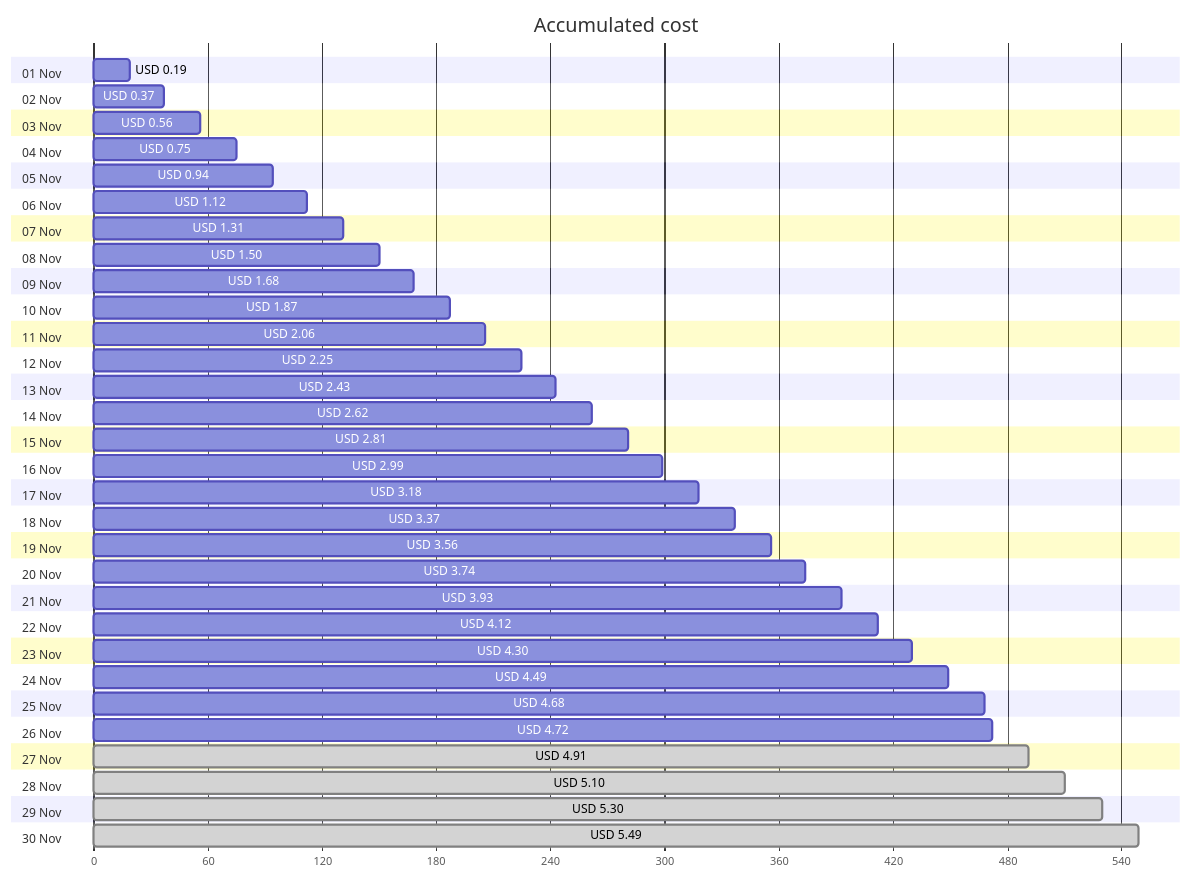
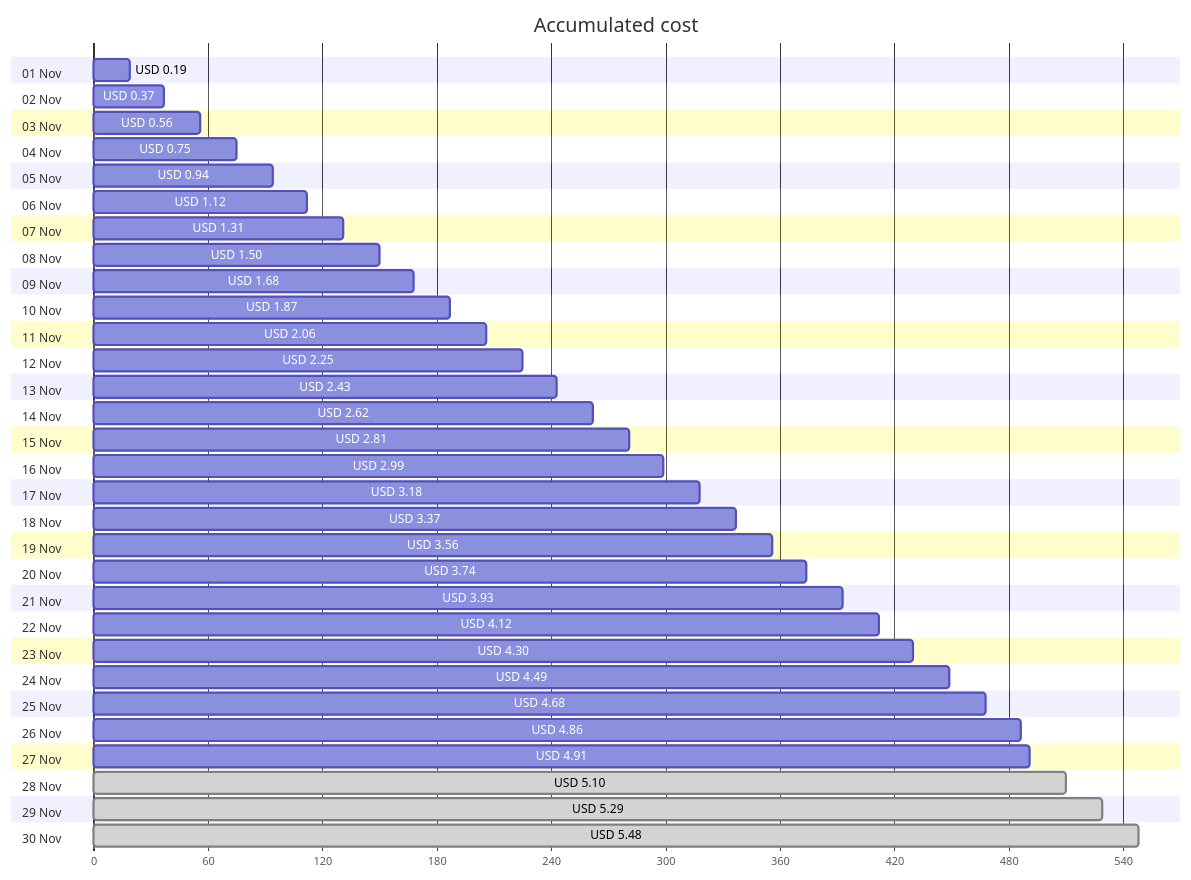
Before and after one commit to jpfulton/azure-personal-reports: the first of 4 diagrams in cost-reports/personal-network/backup-server.md, drawn with Mermaid. The commit also changed other lines of this file and 8 other files, not shown here.

````diff
--- a/cost-reports/personal-network/backup-server.md
+++ b/cost-reports/personal-network/backup-server.md
@@ -20,66 +20,66 @@
 ```mermaid
 gantt
    title Accumulated cost
    dateFormat  X
    axisFormat %s
    section 01 Nov
    USD 0.19 :0, 19
    section 02 Nov
    USD 0.37 :0, 37
    section 03 Nov
    USD 0.56 :0, 56
    section 04 Nov
    USD 0.75 :0, 75
    section 05 Nov
    USD 0.94 :0, 94
    section 06 Nov
    USD 1.12 :0, 112
    section 07 Nov
    USD 1.31 :0, 131
    section 08 Nov
    USD 1.50 :0, 150
    section 09 Nov
    USD 1.68 :0, 168
    section 10 Nov
    USD 1.87 :0, 187
    section 11 Nov
    USD 2.06 :0, 206
    section 12 Nov
    USD 2.25 :0, 225
    section 13 Nov
    USD 2.43 :0, 243
    section 14 Nov
    USD 2.62 :0, 262
    section 15 Nov
    USD 2.81 :0, 281
    section 16 Nov
    USD 2.99 :0, 299
    section 17 Nov
    USD 3.18 :0, 318
    section 18 Nov
    USD 3.37 :0, 337
    section 19 Nov
    USD 3.56 :0, 356
    section 20 Nov
    USD 3.74 :0, 374
    section 21 Nov
    USD 3.93 :0, 393
    section 22 Nov
    USD 4.12 :0, 412
    section 23 Nov
    USD 4.30 :0, 430
    section 24 Nov
    USD 4.49 :0, 449
    section 25 Nov
    USD 4.68 :0, 468
    section 26 Nov
-   USD 4.72 :0, 472
+   USD 4.86 :0, 486
    section 27 Nov
-   USD 4.91 : done, 0, 491
+   USD 4.91 :0, 491
    section 28 Nov
    USD 5.10 : done, 0, 510
    section 29 Nov
-   USD 5.30 : done, 0, 530
+   USD 5.29 : done, 0, 529
    section 30 Nov
-   USD 5.49 : done, 0, 549
+   USD 5.48 : done, 0, 548
 ```
````
